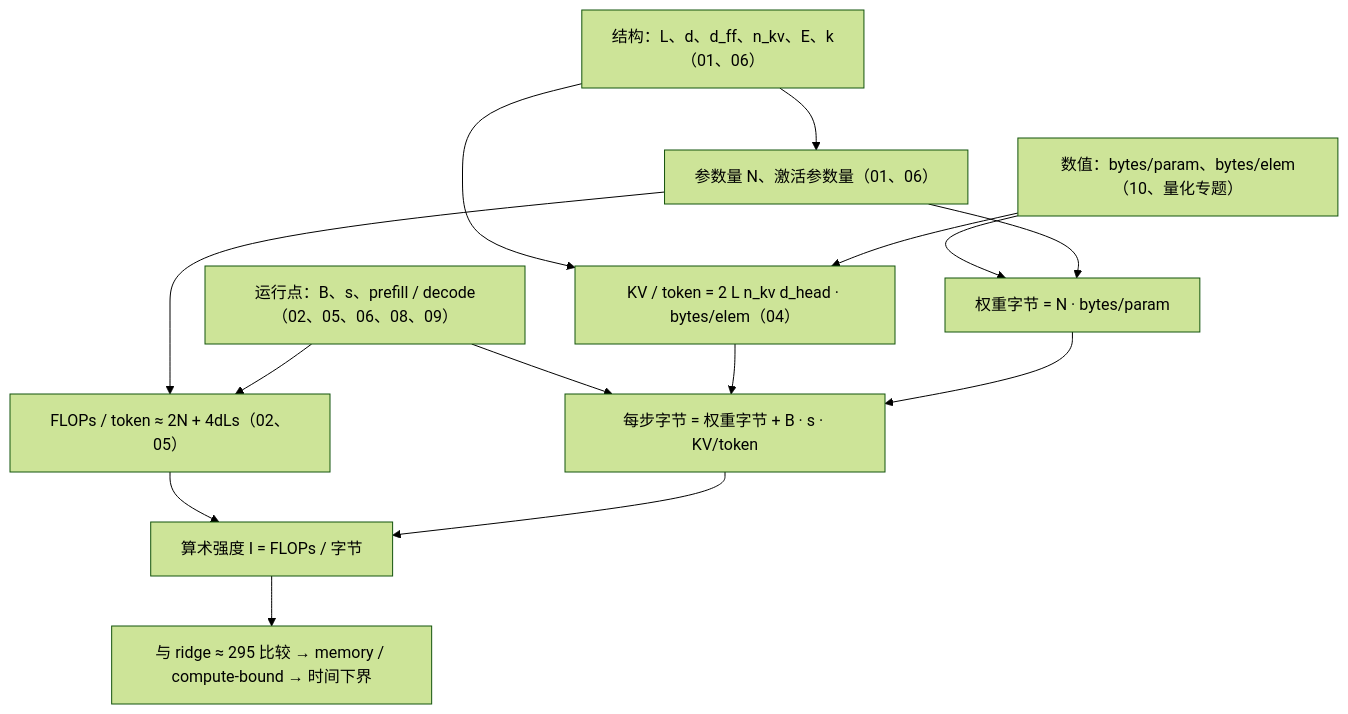
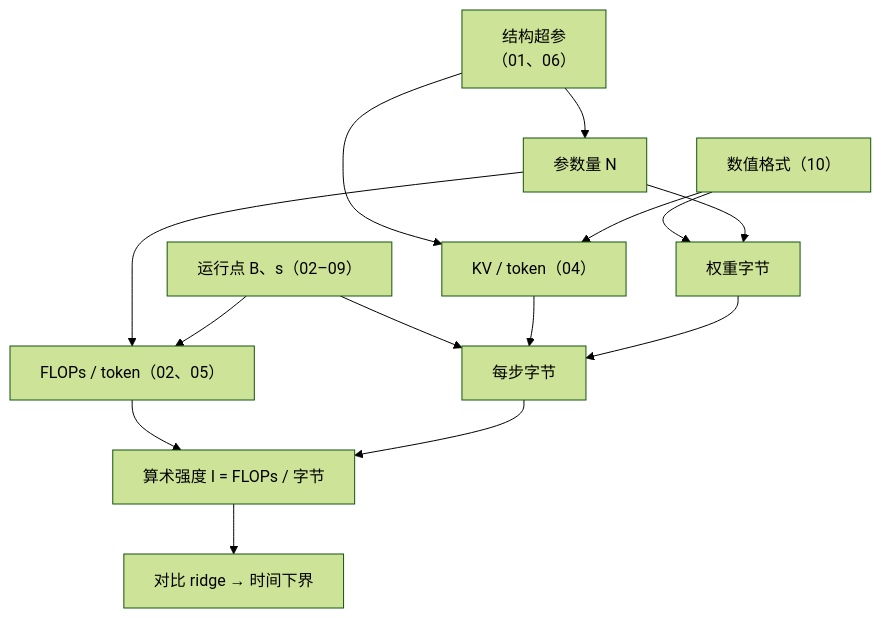
Before and after one commit to arganzheng/arganzheng.github.com: the fourth of 4 diagrams in slides/2026-04-09-modern-llm-architecture.md, drawn with Mermaid (forest theme). The commit also changed other lines of this file, not shown here.

Commit message:
slides/modern-llm-architecture: cut/shorten mermaid diagrams below 14px rendered text (check-render smalltext/overlap)

````diff
--- a/slides/2026-04-09-modern-llm-architecture.md
+++ b/slides/2026-04-09-modern-llm-architecture.md
@@ -338,17 +337,17 @@
 ```mermaid
 %%{init: {"flowchart": {"wrappingWidth": 260}}}%%
 flowchart TB
-    S["结构：L、d、d_ff、n_kv、E、k<br/>（01、06）"] --> N["参数量 N、激活参数量（01、06）"]
-    S --> K["KV / token = 2 L n_kv d_head · bytes/elem（04）"]
-    D["数值：bytes/param、bytes/elem（10、量化专题）"] --> W["权重字节 = N · bytes/param"]
+    S["结构超参<br/>（01、06）"] --> N["参数量 N"]
+    S --> K["KV / token（04）"]
+    D["数值格式（10）"] --> W["权重字节"]
     N --> W
     D --> K
-    N --> F["FLOPs / token ≈ 2N + 4dLs（02、05）"]
-    R["运行点：B、s、prefill / decode（02、05、06、08、09）"] --> F
-    R --> H["每步字节 = 权重字节 + B · s · KV/token"]
+    N --> F["FLOPs / token（02、05）"]
+    R["运行点 B、s（02–09）"] --> F
+    R --> H["每步字节"]
     K --> H
     W --> H
     F --> I["算术强度 I = FLOPs / 字节"]
     H --> I
-    I --> T["与 ridge ≈ 295 比较 → memory / compute-bound → 时间下界"]
+    I --> T["对比 ridge → 时间下界"]
 ```
````
